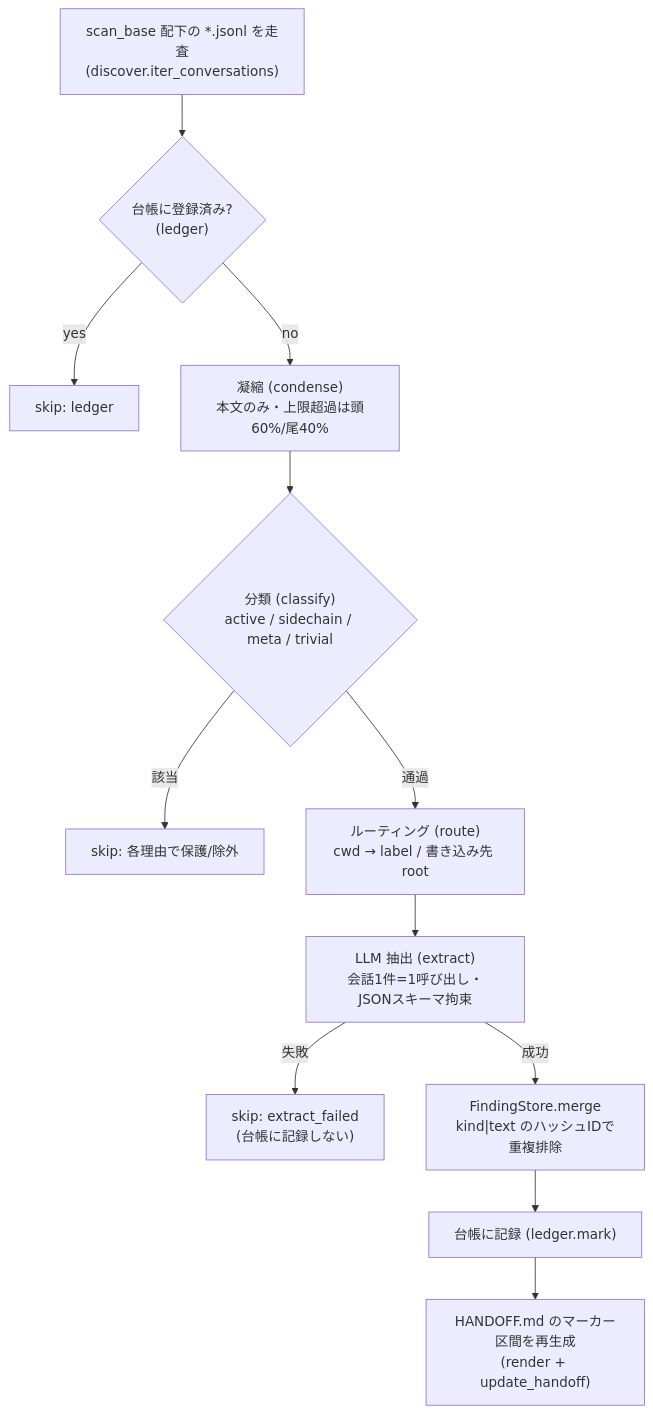
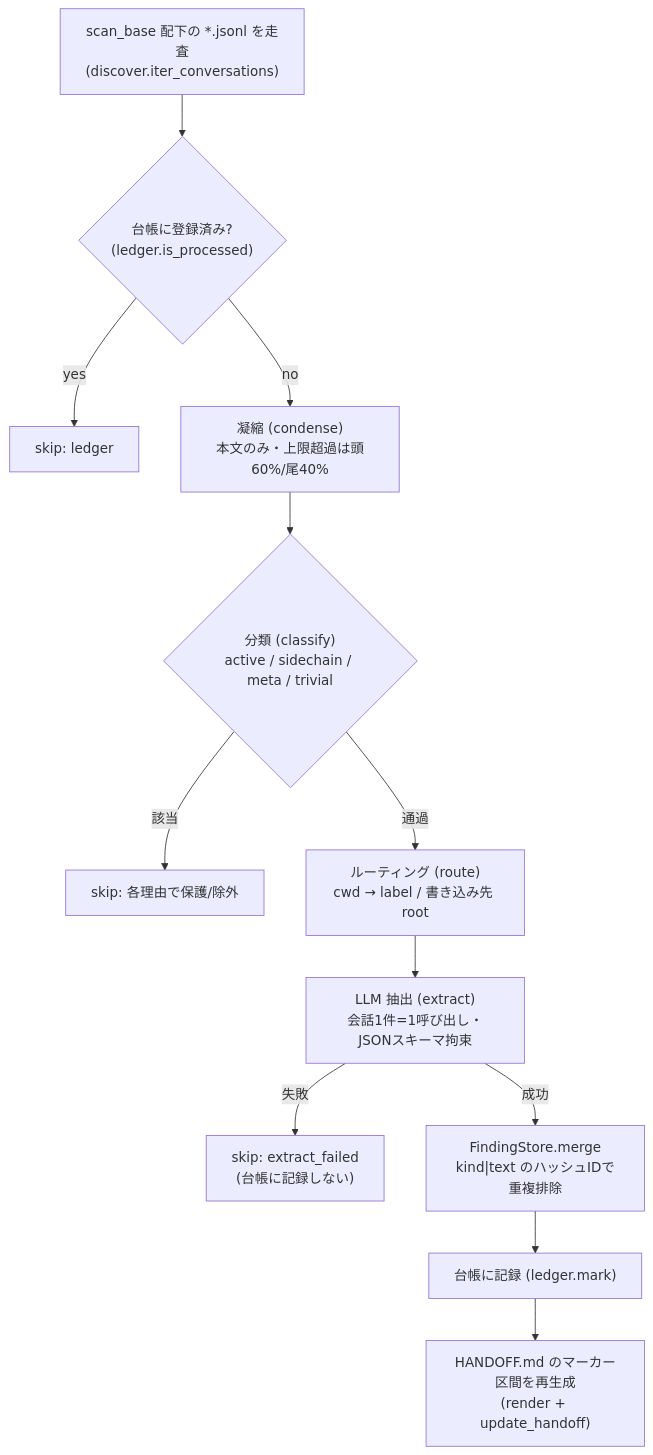
One commit to 4ltena/claude-transcript-organizer changed the diagram in docs/DESIGN.md. Above: the diagram before and after it, drawn with Mermaid. The commit also changed other lines of this file and 9 other files, not shown here.

````diff
--- a/docs/DESIGN.md
+++ b/docs/DESIGN.md
@@ -15,14 +51,14 @@
 ```mermaid
 flowchart TD
-    A["scan_base 配下の *.jsonl を走査<br/>(discover.iter_conversations)"] --> B{"台帳に登録済み?<br/>(ledger)"}
+    A["scan_base 配下の *.jsonl を走査<br/>(discover.iter_conversations)"] --> B{"台帳に登録済み?<br/>(ledger.is_processed)"}
     B -- yes --> SKIP1["skip: ledger"]
     B -- no --> C["凝縮 (condense)<br/>本文のみ・上限超過は頭60%/尾40%"]
     C --> D{"分類 (classify)<br/>active / sidechain / meta / trivial"}
     D -- 該当 --> SKIP2["skip: 各理由で保護/除外"]
     D -- 通過 --> E["ルーティング (route)<br/>cwd → label / 書き込み先 root"]
     E --> F["LLM 抽出 (extract)<br/>会話1件=1呼び出し・JSONスキーマ拘束"]
     F -- 失敗 --> SKIP3["skip: extract_failed<br/>(台帳に記録しない)"]
     F -- 成功 --> G["FindingStore.merge<br/>kind|text のハッシュIDで重複排除"]
     G --> H["台帳に記録 (ledger.mark)"]
     H --> I["HANDOFF.md のマーカー区間を再生成<br/>(render + update_handoff)"]
 ```
````
